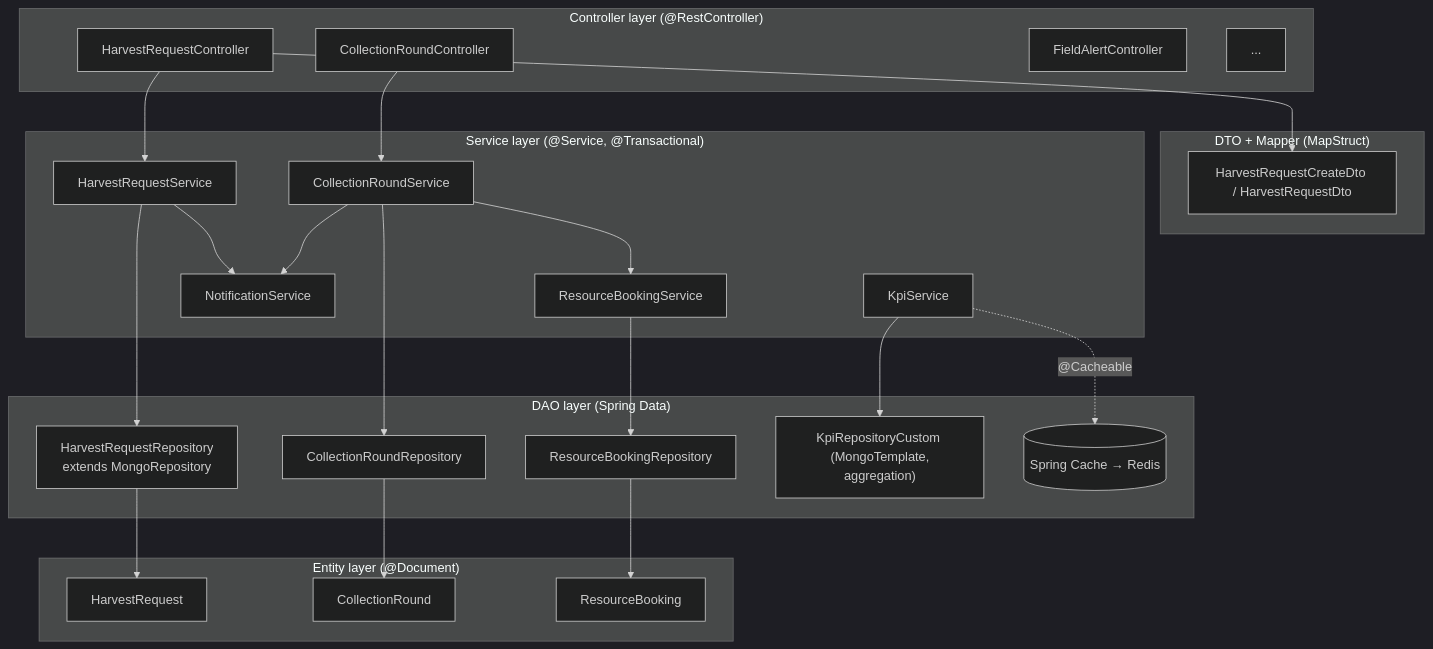
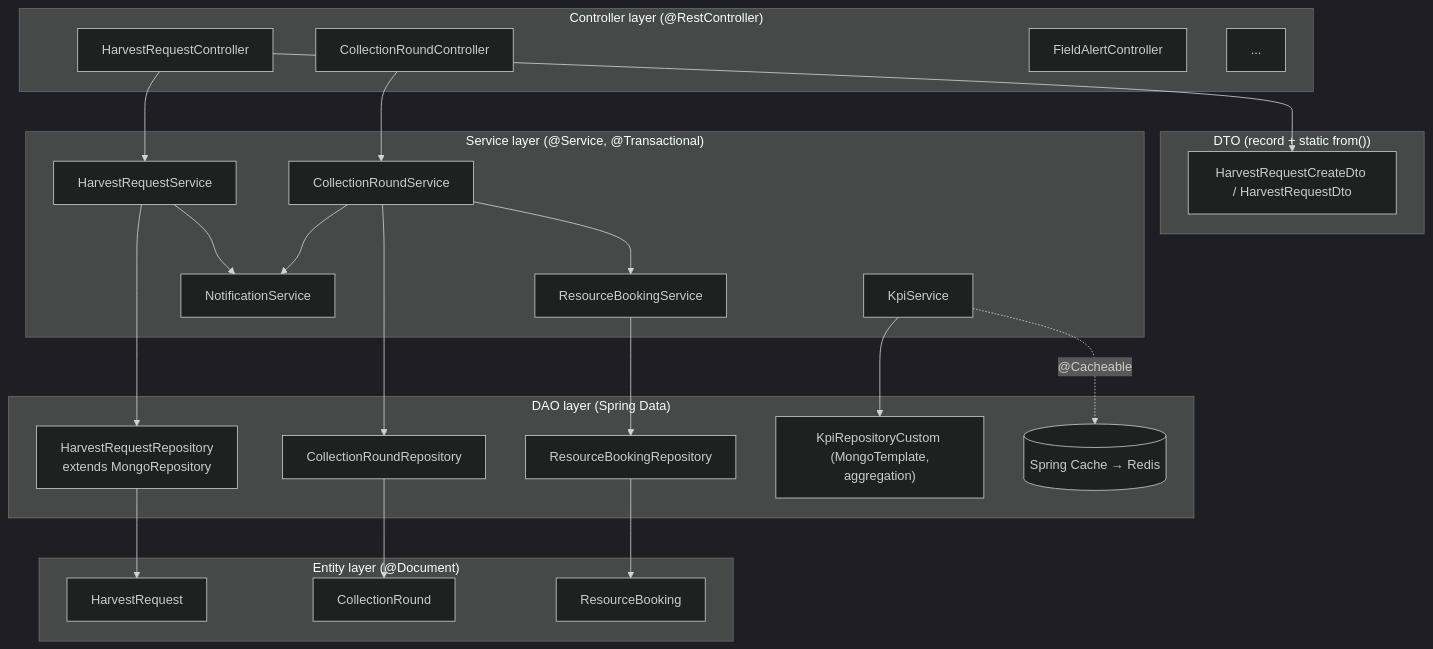
One commit to Iyed-M/olive-connect changed the second of 4 diagrams in docs/03-architecture.md. Above: the diagram before and after it, drawn with Mermaid (dark theme). The commit also changed other lines of this file and 52 other files, not shown here.

````diff
--- a/docs/03-architecture.md
+++ b/docs/03-architecture.md
@@ -56,45 +56,45 @@
 ```mermaid
 flowchart TB
     subgraph Presentation["Controller layer (@RestController)"]
         C1[HarvestRequestController]
         C2[CollectionRoundController]
         C3[FieldAlertController]
         C4[...]
     end
-    subgraph DTO["DTO + Mapper (MapStruct)"]
+    subgraph DTO["DTO (record + static from())"]
         D1[HarvestRequestCreateDto / HarvestRequestDto]
     end
     subgraph Business["Service layer (@Service, @Transactional)"]
         S1[HarvestRequestService]
         S2[CollectionRoundService]
         S3[ResourceBookingService]
         S4[NotificationService]
         S5[KpiService]
     end
     subgraph DAO["DAO layer (Spring Data)"]
         R1[HarvestRequestRepository<br/>extends MongoRepository]
         R2[CollectionRoundRepository]
         R3[ResourceBookingRepository]
         R4["KpiRepositoryCustom (MongoTemplate,<br/>aggregation)"]
         RC[(Spring Cache → Redis)]
     end
     subgraph Model["Entity layer (@Document)"]
         E1[HarvestRequest]
         E2[CollectionRound]
         E3[ResourceBooking]
     end
     C1 --> D1
     C1 --> S1
     C2 --> S2
     S1 --> R1
     S2 --> R2
     S2 --> S3
     S3 --> R3
     S1 --> S4
     S2 --> S4
     S5 --> R4
     S5 -.@Cacheable.-> RC
     R1 --> E1
     R2 --> E2
     R3 --> E3
 ```
````
